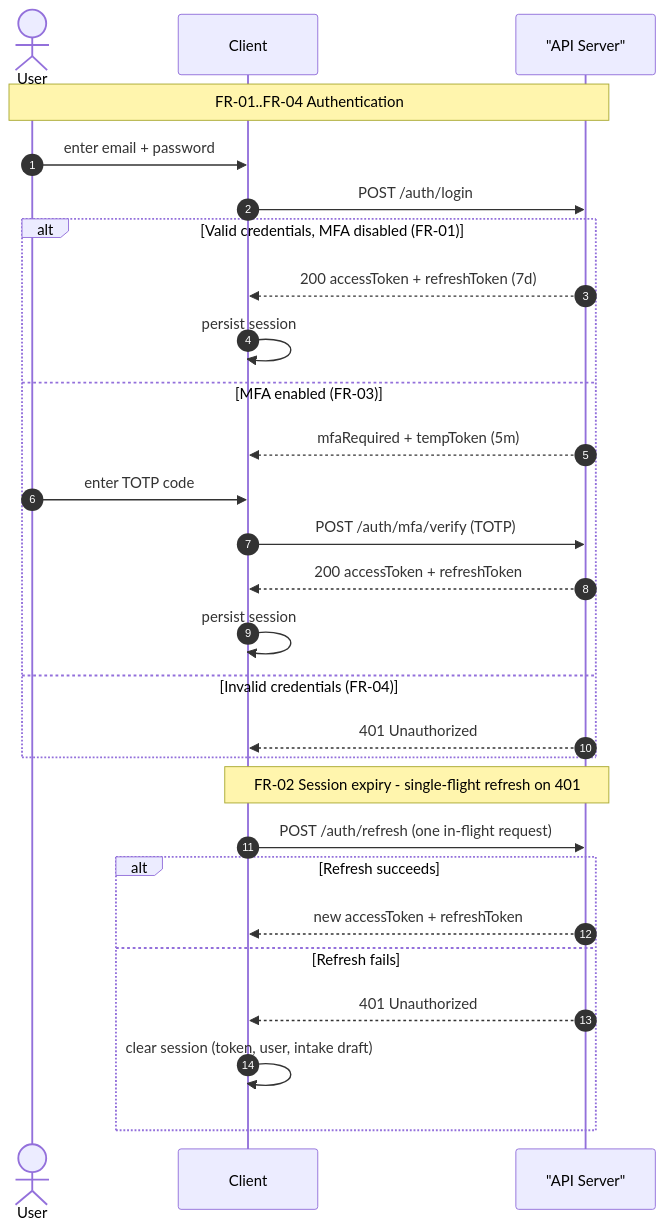
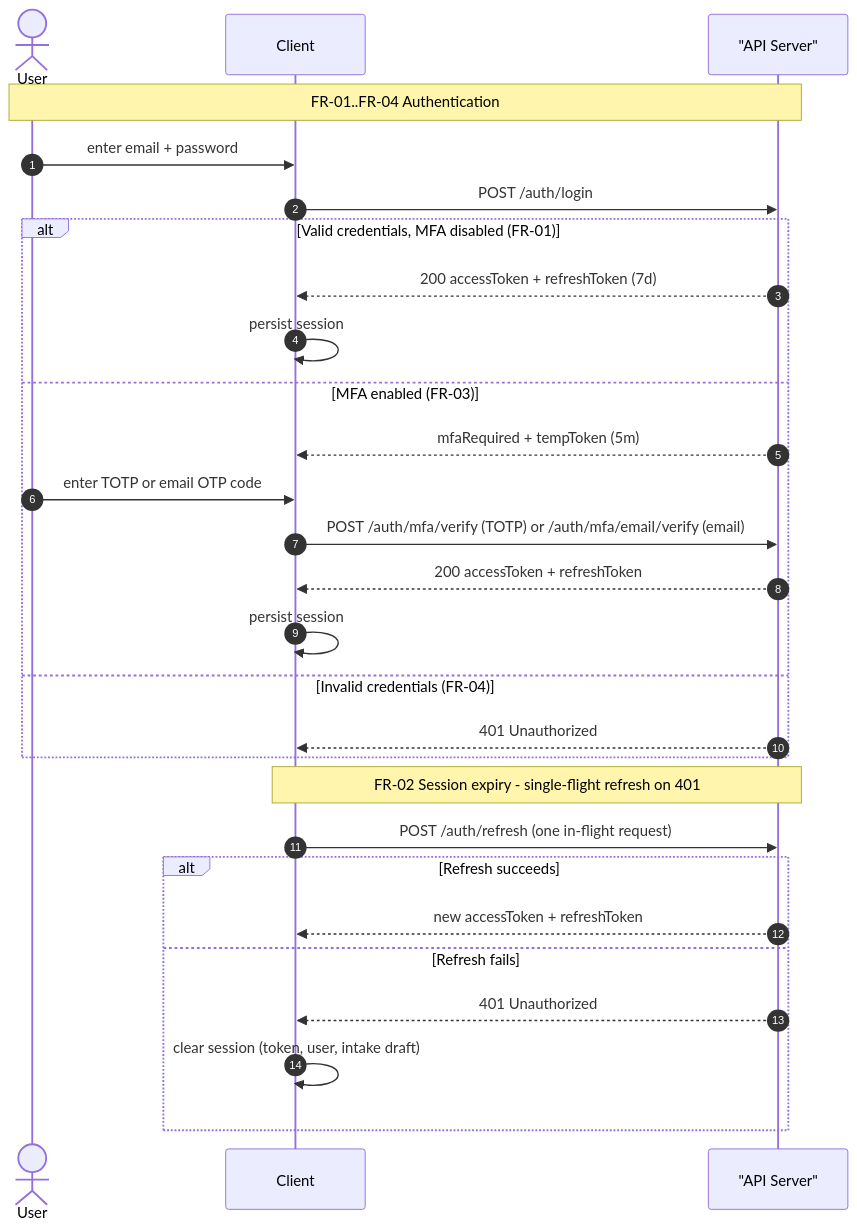
The first of 4 diagrams in docs/diagrams/03-sequence-diagram.md (urlsalimbot/THESIS1-KAPWA), drawn with Mermaid before and after one commit. The commit also changed other lines of this file and 19 other files, not shown here.

First line of the commit message:
feat(auth): add email OTP as an MFA method (API + client)

````diff
--- a/docs/diagrams/03-sequence-diagram.md
+++ b/docs/diagrams/03-sequence-diagram.md
@@ -39,32 +39,32 @@
 ```mermaid
 sequenceDiagram
     autonumber
     actor User
     participant Client
     participant Server as "API Server"
 
     Note over User,Server: FR-01..FR-04 Authentication
     User->>Client: enter email + password
     Client->>Server: POST /auth/login
     alt Valid credentials, MFA disabled (FR-01)
         Server-->>Client: 200 accessToken + refreshToken (7d)
         Client->>Client: persist session
     else MFA enabled (FR-03)
         Server-->>Client: mfaRequired + tempToken (5m)
-        User->>Client: enter TOTP code
-        Client->>Server: POST /auth/mfa/verify (TOTP)
+        User->>Client: enter TOTP or email OTP code
+        Client->>Server: POST /auth/mfa/verify (TOTP) or /auth/mfa/email/verify (email)
         Server-->>Client: 200 accessToken + refreshToken
         Client->>Client: persist session
     else Invalid credentials (FR-04)
         Server-->>Client: 401 Unauthorized
     end
 
     Note over Client,Server: FR-02 Session expiry - single-flight refresh on 401
     Client->>Server: POST /auth/refresh (one in-flight request)
     alt Refresh succeeds
         Server-->>Client: new accessToken + refreshToken
     else Refresh fails
         Server-->>Client: 401 Unauthorized
         Client->>Client: clear session (token, user, intake draft)
     end
 ```
````
